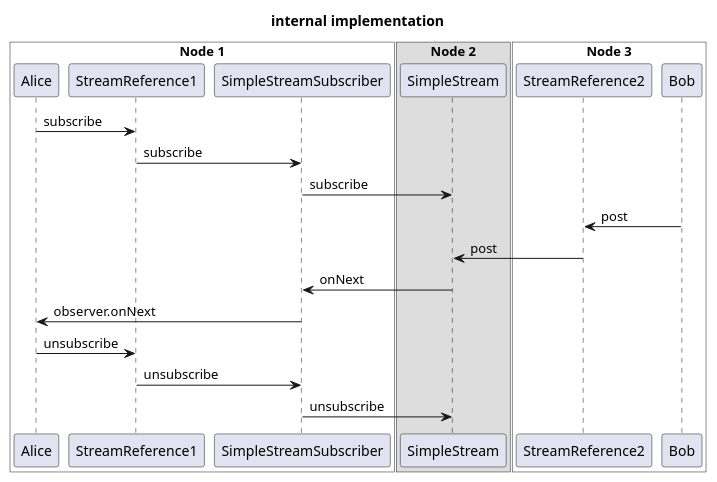
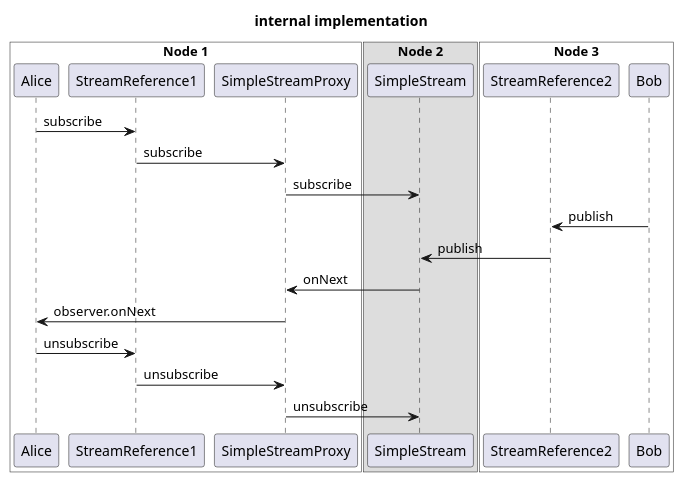
The diagram in actors/stage/src/main/java/com/ea/orbit/actors/streams/simple/simpleStreamSequence.puml (orbit/orbit), drawn with PlantUML before and after one commit.

Commit message:
Updating diagram that explains simple streams.

```diff
--- a/actors/stage/src/main/java/com/ea/orbit/actors/streams/simple/simpleStreamSequence.puml
+++ b/actors/stage/src/main/java/com/ea/orbit/actors/streams/simple/simpleStreamSequence.puml
@@ -1,33 +1,33 @@
 @startuml
 
 title internal implementation
 
 box "Node 1" #white
 participant Alice
 participant StreamReference1
-participant SimpleStreamSubscriber
+participant SimpleStreamProxy
 end box
 
 box "Node 2"
 participant SimpleStream
 end box
 
 box "Node 3" #white
 participant StreamReference2
 participant Bob
 end box
 
 Alice -> StreamReference1: subscribe
-StreamReference1 -> SimpleStreamSubscriber : subscribe
-SimpleStreamSubscriber -> SimpleStream : subscribe
+StreamReference1 -> SimpleStreamProxy : subscribe
+SimpleStreamProxy -> SimpleStream : subscribe
 
-Bob -> StreamReference2: post
-StreamReference2 -> SimpleStream : post
-SimpleStream -> SimpleStreamSubscriber : onNext
-SimpleStreamSubscriber -> Alice : observer.onNext
+Bob -> StreamReference2: publish
+StreamReference2 -> SimpleStream : publish
+SimpleStream -> SimpleStreamProxy : onNext
+SimpleStreamProxy -> Alice : observer.onNext
 
 Alice -> StreamReference1: unsubscribe
-StreamReference1 -> SimpleStreamSubscriber : unsubscribe
-SimpleStreamSubscriber -> SimpleStream : unsubscribe
+StreamReference1 -> SimpleStreamProxy : unsubscribe
+SimpleStreamProxy -> SimpleStream : unsubscribe
 
 @enduml
```
